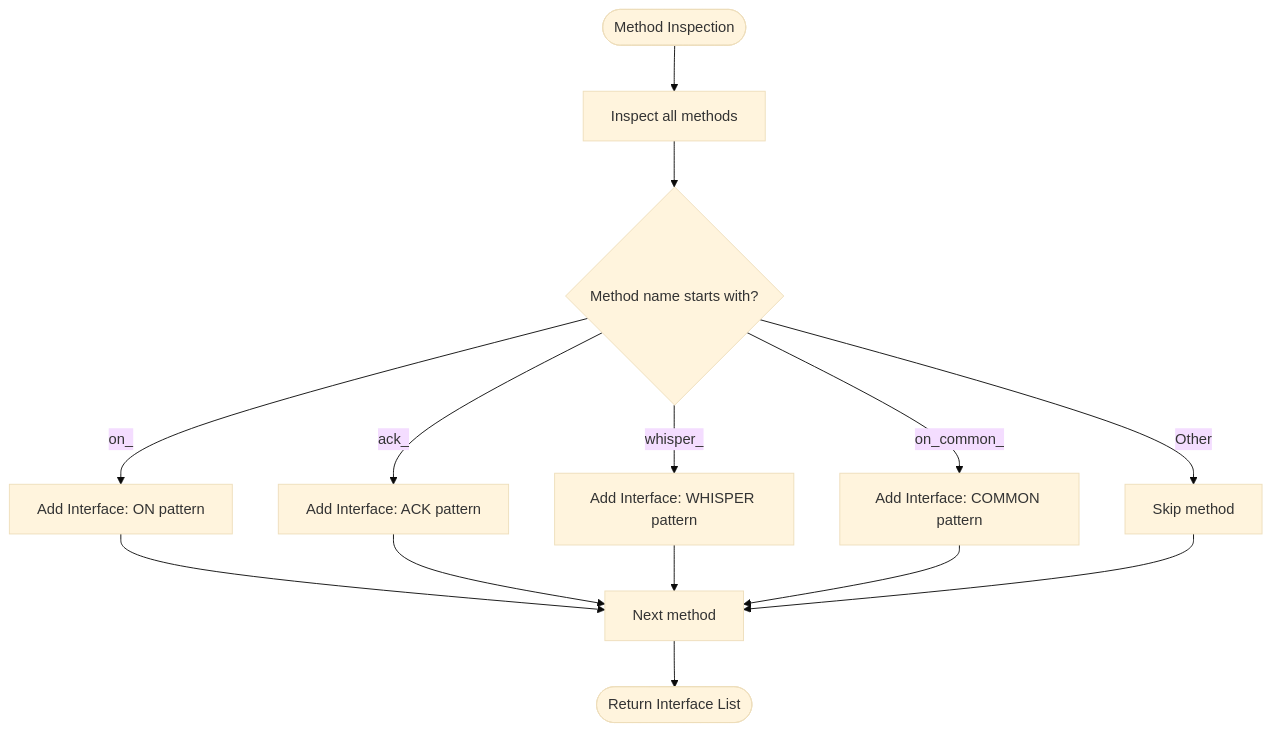
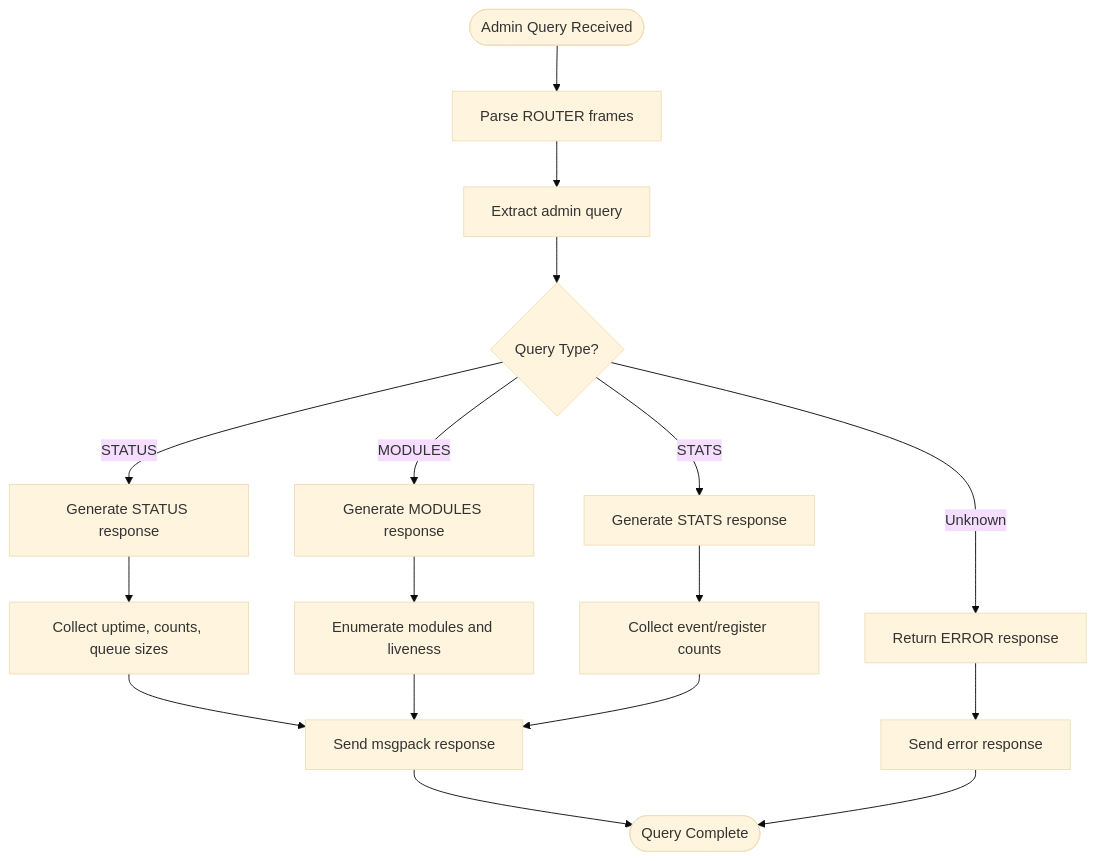
Before and after one commit to zt281/TycheEngine: the fifth of 12 diagrams in .qoder/repowiki/en/content/Core Components/TycheEngine - Central Broker.md, drawn with Mermaid (base theme). The commit also changed other lines of this file and 34 other files, not shown here.

First line of the commit message:
feat: implement unified message queue (v3 interface model)

````diff
--- a/.qoder/repowiki/en/content/Core Components/TycheEngine - Central Broker.md
+++ b/.qoder/repowiki/en/content/Core Components/TycheEngine - Central Broker.md
@@ -320,16 +362,19 @@
 ```mermaid
 flowchart TD
-Start([Method Inspection]) --> GetMethods["Inspect all methods"]
-GetMethods --> CheckName{"Method name starts with?"}
-CheckName --> |on_| AddON["Add Interface: ON pattern"]
-CheckName --> |ack_| AddACK["Add Interface: ACK pattern"]
-CheckName --> |whisper_| AddWHISPER["Add Interface: WHISPER pattern"]
-CheckName --> |on_common_| AddCOMMON["Add Interface: COMMON pattern"]
-CheckName --> |Other| Skip["Skip method"]
-AddON --> Next["Next method"]
-AddACK --> Next
-AddWHISPER --> Next
-AddCOMMON --> Next
-Skip --> Next
-Next --> Done([Return Interface List])
+Start([Admin Query Received]) --> ParseFrames["Parse ROUTER frames"]
+ParseFrames --> ExtractQuery["Extract admin query"]
+ExtractQuery --> CheckQuery{"Query Type?"}
+CheckQuery --> |STATUS| StatusQuery["Generate STATUS response"]
+CheckQuery --> |MODULES| ModulesQuery["Generate MODULES response"]
+CheckQuery --> |STATS| StatsQuery["Generate STATS response"]
+CheckQuery --> |Unknown| ErrorResponse["Return ERROR response"]
+StatusQuery --> BuildStatus["Collect uptime, counts, queue sizes"]
+BuildStatus --> SendResponse["Send msgpack response"]
+ModulesQuery --> BuildModules["Enumerate modules and liveness"]
+BuildModules --> SendResponse
+StatsQuery --> BuildStats["Collect event/register counts"]
+BuildStats --> SendResponse
+ErrorResponse --> SendError["Send error response"]
+SendResponse --> End([Query Complete])
+SendError --> End
 ```
````
